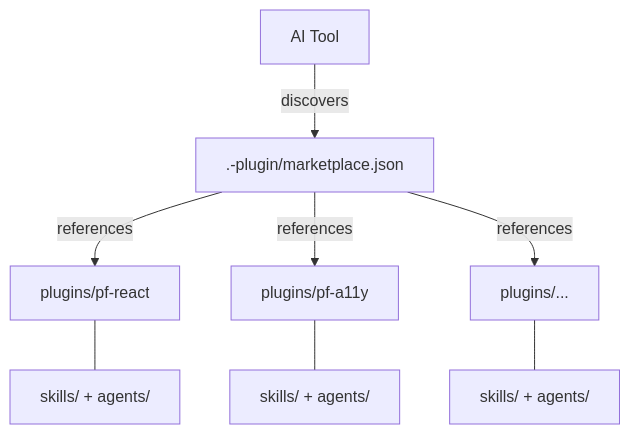
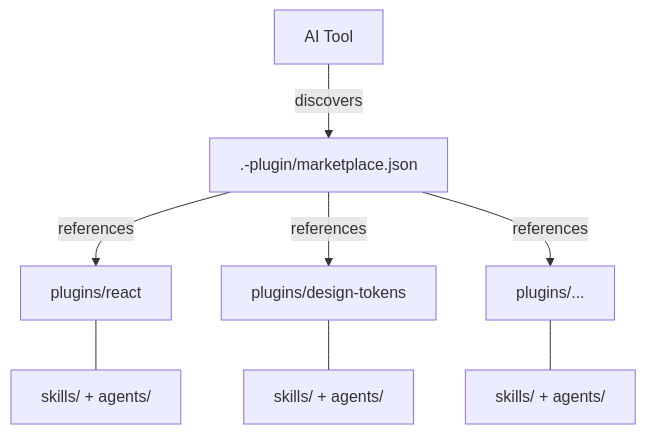
Before and after one commit to patternfly/ai-helpers: the diagram in README.md, drawn with Mermaid. The commit also changed other lines of this file and 98 other files, not shown here.

````diff
--- a/README.md
+++ b/README.md
@@ -45,10 +46,10 @@
 ```mermaid
 graph TD
     A[AI Tool] -->|discovers| B[".<tool>-plugin/marketplace.json"]
-    B -->|references| C[plugins/pf-react]
-    B -->|references| D[plugins/pf-a11y]
+    B -->|references| C[plugins/react]
+    B -->|references| D[plugins/design-tokens]
     B -->|references| E[plugins/...]
     C --- F[skills/ + agents/]
     D --- G[skills/ + agents/]
     E --- H[skills/ + agents/]
 ```
````
